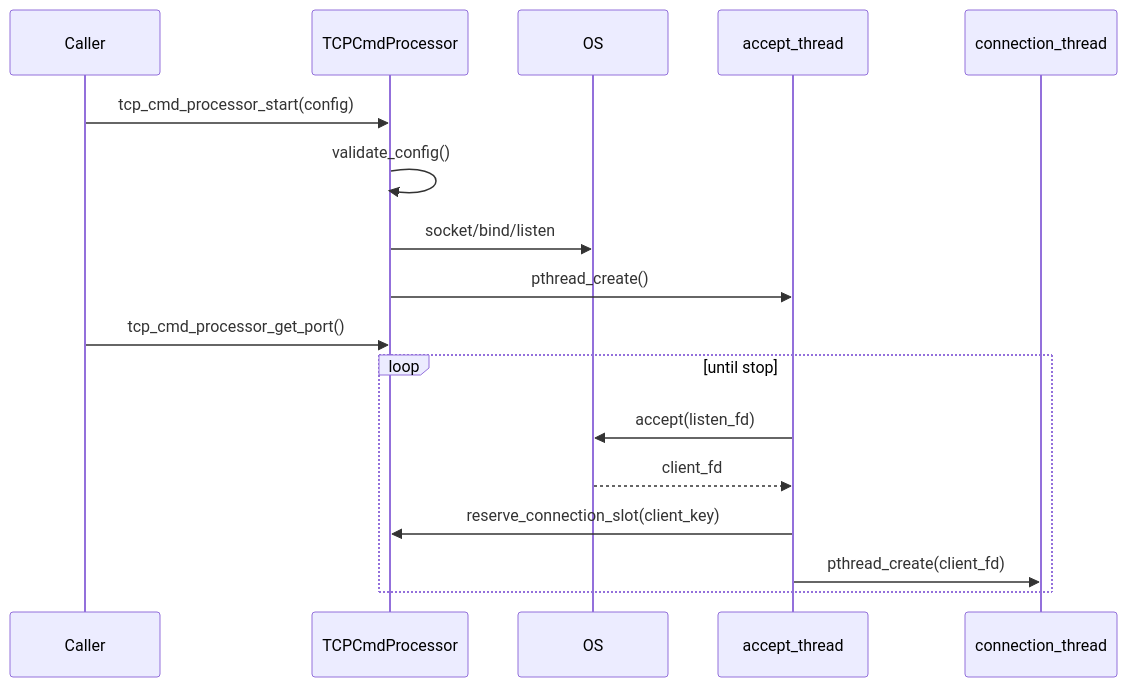
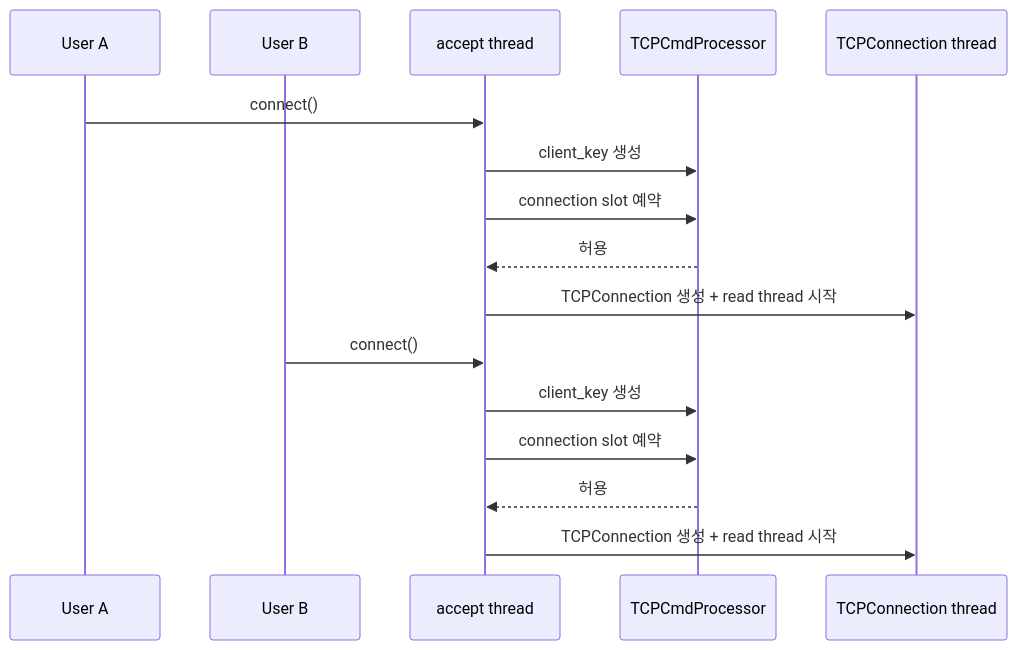
Before and after one commit to Wish-Upon-A-Star/SQL-B-Tree: the second of 5 diagrams in docs/sijun-yang/004_tcp_cmd_processor_architecture_flow.md, drawn with Mermaid. The commit also changed other lines of this file, not shown here.

Commit message:
docs: clarify TCP command processor flow

````diff
--- a/docs/sijun-yang/004_tcp_cmd_processor_architecture_flow.md
+++ b/docs/sijun-yang/004_tcp_cmd_processor_architecture_flow.md
@@ -82,21 +110,20 @@
 ```mermaid
 sequenceDiagram
-    participant Caller
+    participant UserA as User A
+    participant UserB as User B
+    participant Accept as accept thread
     participant Server as TCPCmdProcessor
-    participant OS
-    participant Accept as accept_thread
-    participant Conn as connection_thread
+    participant Conn as TCPConnection thread
 
-    Caller->>Server: tcp_cmd_processor_start(config)
-    Server->>Server: validate_config()
-    Server->>OS: socket/bind/listen
-    Server->>Accept: pthread_create()
-    Caller->>Server: tcp_cmd_processor_get_port()
+    UserA->>Accept: connect()
+    Accept->>Server: client_key 생성
+    Accept->>Server: connection slot 예약
+    Server-->>Accept: 허용
+    Accept->>Conn: TCPConnection 생성 + read thread 시작
 
-    loop until stop
-        Accept->>OS: accept(listen_fd)
-        OS-->>Accept: client_fd
-        Accept->>Server: reserve_connection_slot(client_key)
-        Accept->>Conn: pthread_create(client_fd)
-    end
+    UserB->>Accept: connect()
+    Accept->>Server: client_key 생성
+    Accept->>Server: connection slot 예약
+    Server-->>Accept: 허용
+    Accept->>Conn: TCPConnection 생성 + read thread 시작
 ```
````
